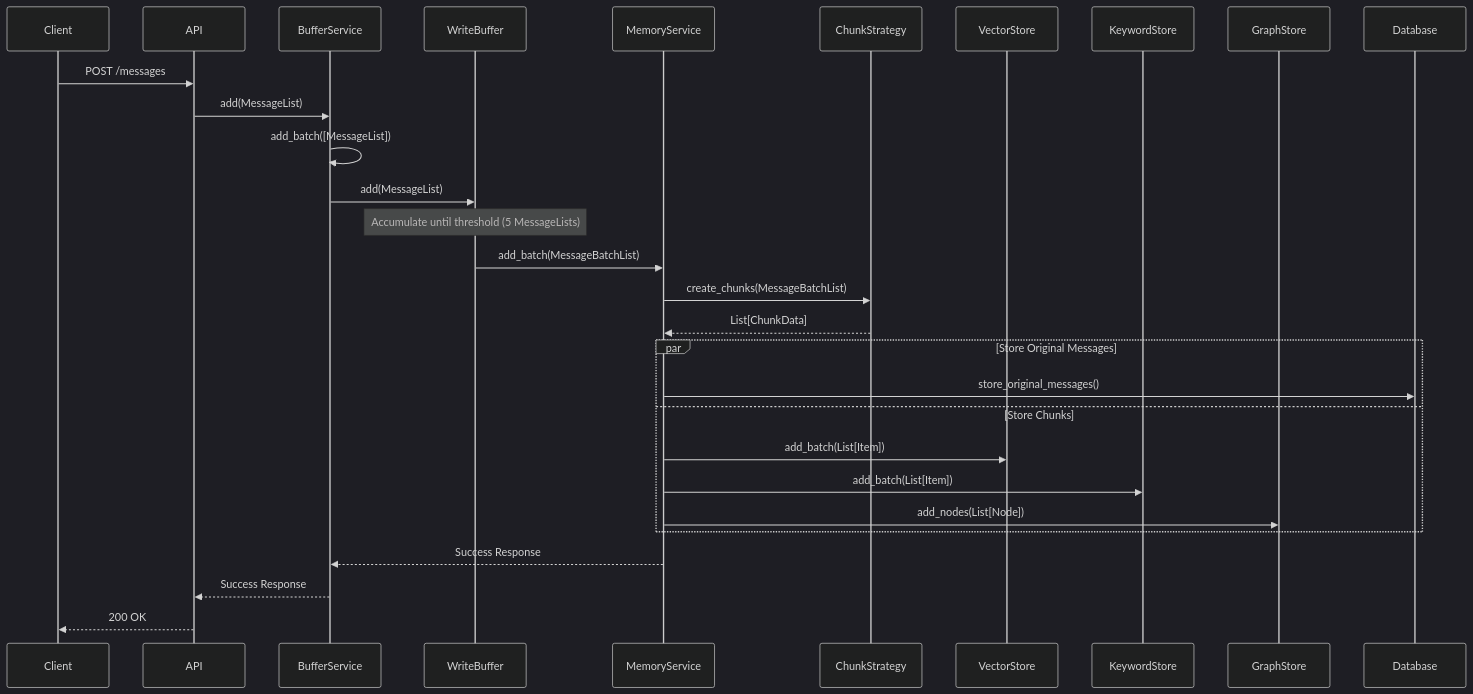
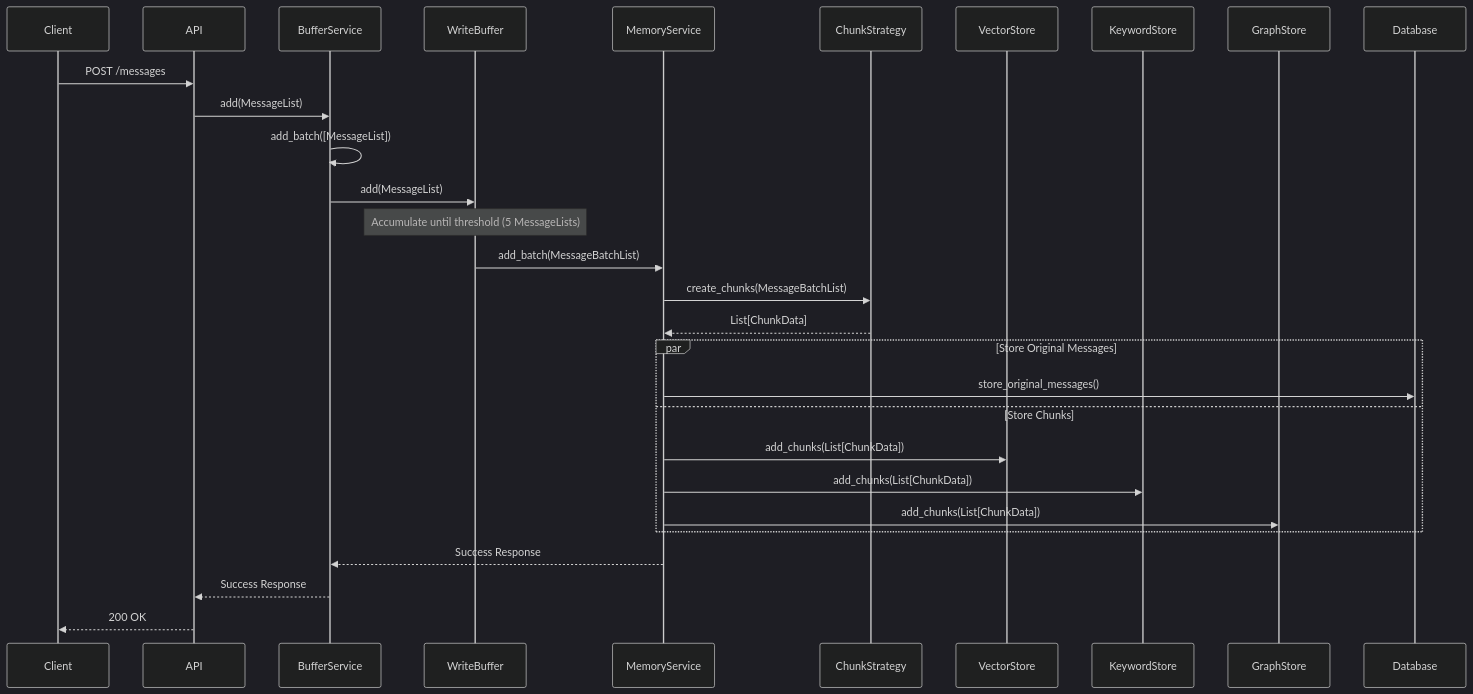
The third of 7 diagrams in docs/chunking.md (memfuse/memfuse), drawn with Mermaid (dark theme) before and after one commit. The commit also changed other lines of this file and 12 other files, not shown here.

First line of the commit message:
feat(core): implement unified chunk architecture for MemFuse stores

````diff
--- a/docs/chunking.md
+++ b/docs/chunking.md
@@ -98,36 +97,36 @@
 ```mermaid
 sequenceDiagram
     participant Client
     participant API
     participant BufferService
     participant WriteBuffer
     participant MemoryService
     participant ChunkStrategy
     participant VectorStore
     participant KeywordStore
     participant GraphStore
     participant Database
 
     Client->>API: POST /messages
     API->>BufferService: add(MessageList)
     BufferService->>BufferService: add_batch([MessageList])
     BufferService->>WriteBuffer: add(MessageList)
 
     Note over WriteBuffer: Accumulate until threshold (5 MessageLists)
 
     WriteBuffer->>MemoryService: add_batch(MessageBatchList)
     MemoryService->>ChunkStrategy: create_chunks(MessageBatchList)
     ChunkStrategy-->>MemoryService: List[ChunkData]
 
     par Store Original Messages
         MemoryService->>Database: store_original_messages()
     and Store Chunks
-        MemoryService->>VectorStore: add_batch(List[Item])
-        MemoryService->>KeywordStore: add_batch(List[Item])
-        MemoryService->>GraphStore: add_nodes(List[Node])
+        MemoryService->>VectorStore: add_chunks(List[ChunkData])
+        MemoryService->>KeywordStore: add_chunks(List[ChunkData])
+        MemoryService->>GraphStore: add_chunks(List[ChunkData])
     end
 
     MemoryService-->>BufferService: Success Response
     BufferService-->>API: Success Response
     API-->>Client: 200 OK
 ```
````
